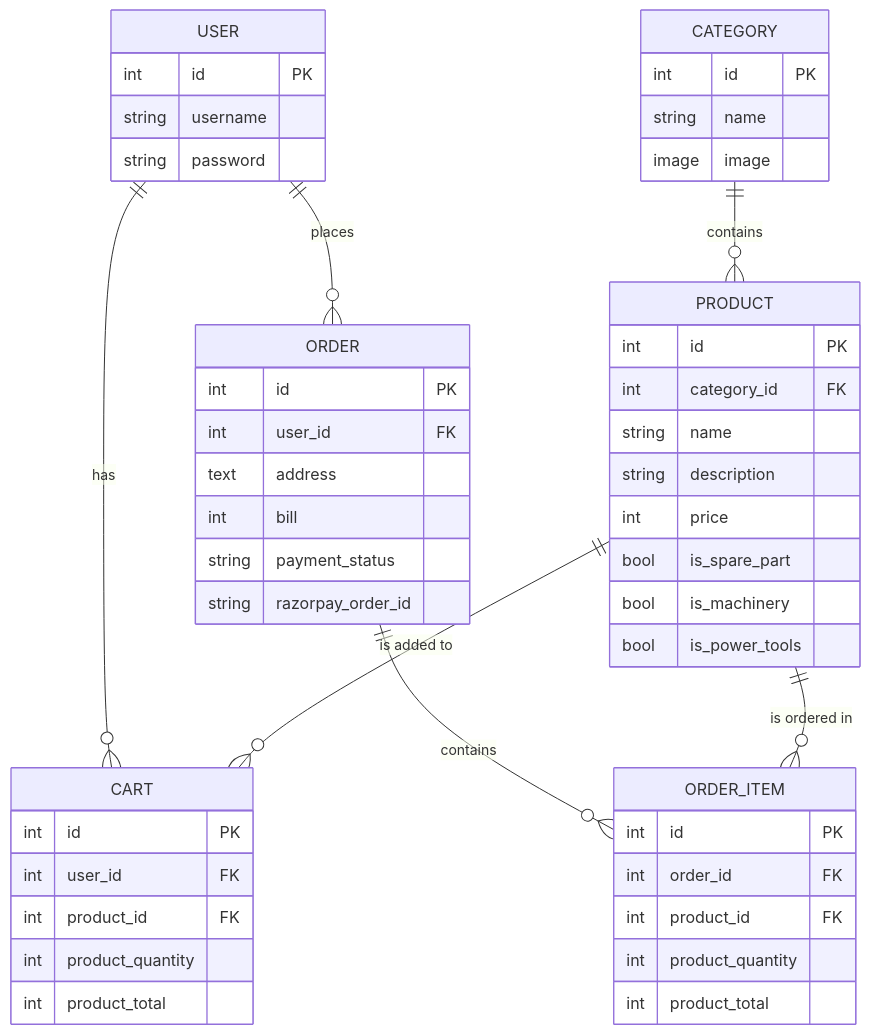
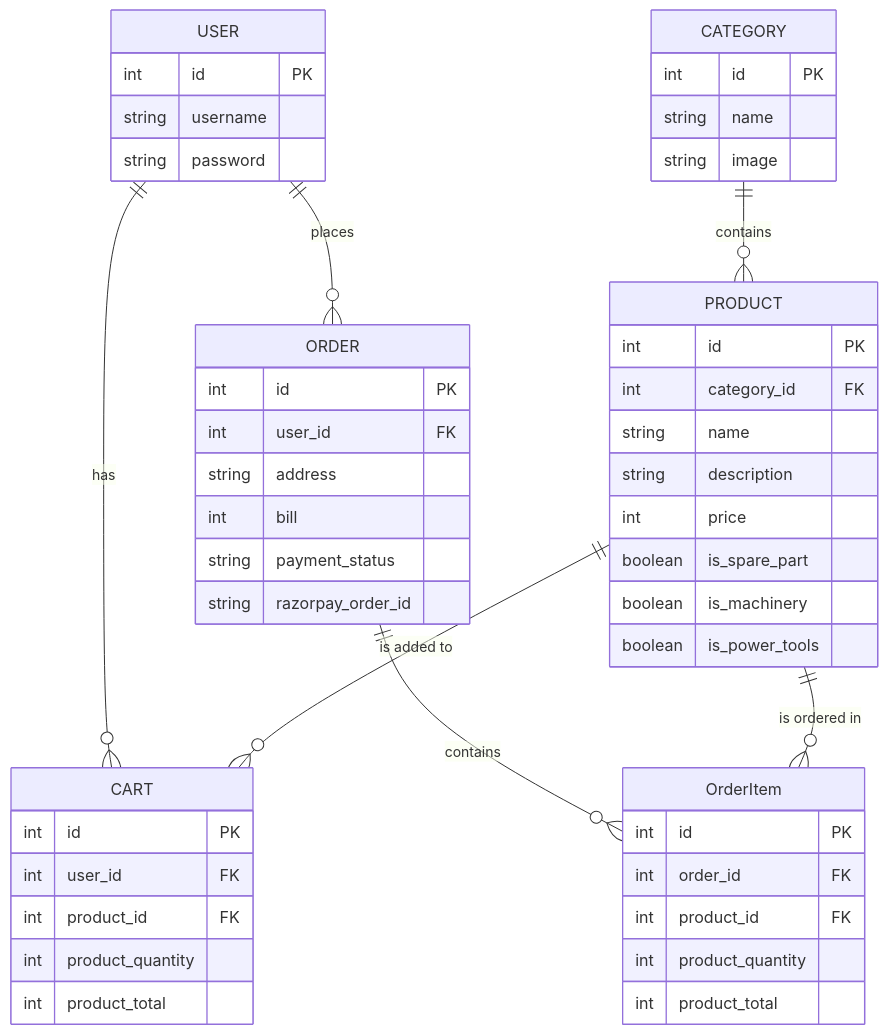
Before and after one commit to mustansir-mota-ghar-wala/BURHANI-Hardware-Machinery: the first of 3 diagrams in BURHANI/Project_Report_Material.md, drawn with Mermaid. The commit also changed other lines of this file, not shown here.

Commit message:
diagram visiblity resolved

````diff
--- a/BURHANI/Project_Report_Material.md
+++ b/BURHANI/Project_Report_Material.md
@@ -72,52 +72,52 @@
 ```mermaid
 erDiagram
     USER ||--o{ CART : "has"
     USER ||--o{ ORDER : "places"
     CATEGORY ||--o{ PRODUCT : "contains"
     PRODUCT ||--o{ CART : "is added to"
-    ORDER ||--o{ ORDER_ITEM : "contains"
-    PRODUCT ||--o{ ORDER_ITEM : "is ordered in"
+    ORDER ||--o{ OrderItem : "contains"
+    PRODUCT ||--o{ OrderItem : "is ordered in"
     
     USER {
         int id PK
         string username
         string password
     }
     CATEGORY {
         int id PK
         string name
-        image image
+        string image
     }
     PRODUCT {
         int id PK
         int category_id FK
         string name
         string description
         int price
-        bool is_spare_part
-        bool is_machinery
-        bool is_power_tools
+        boolean is_spare_part
+        boolean is_machinery
+        boolean is_power_tools
     }
     CART {
         int id PK
         int user_id FK
         int product_id FK
         int product_quantity
         int product_total
     }
     ORDER {
         int id PK
         int user_id FK
-        text address
+        string address
         int bill
         string payment_status
         string razorpay_order_id
     }
-    ORDER_ITEM {
+    OrderItem {
         int id PK
         int order_id FK
         int product_id FK
         int product_quantity
         int product_total
     }
 ```
````
